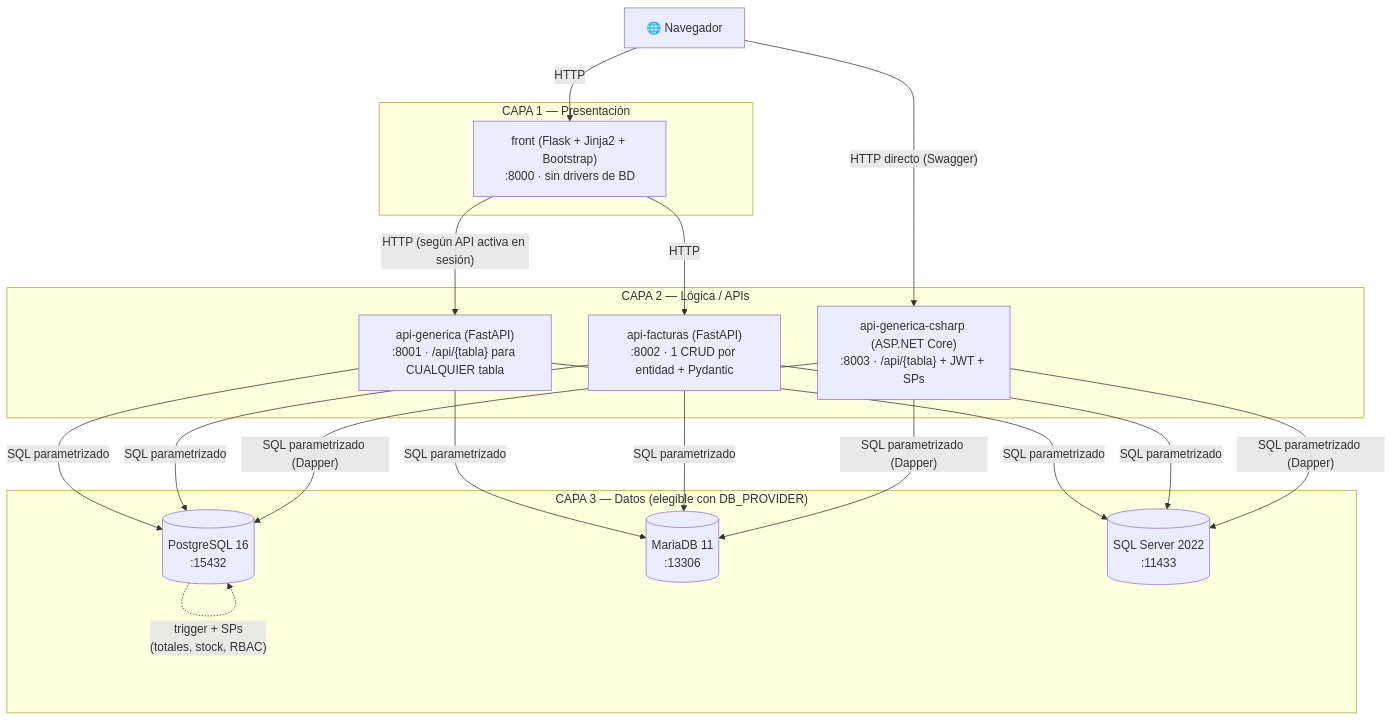
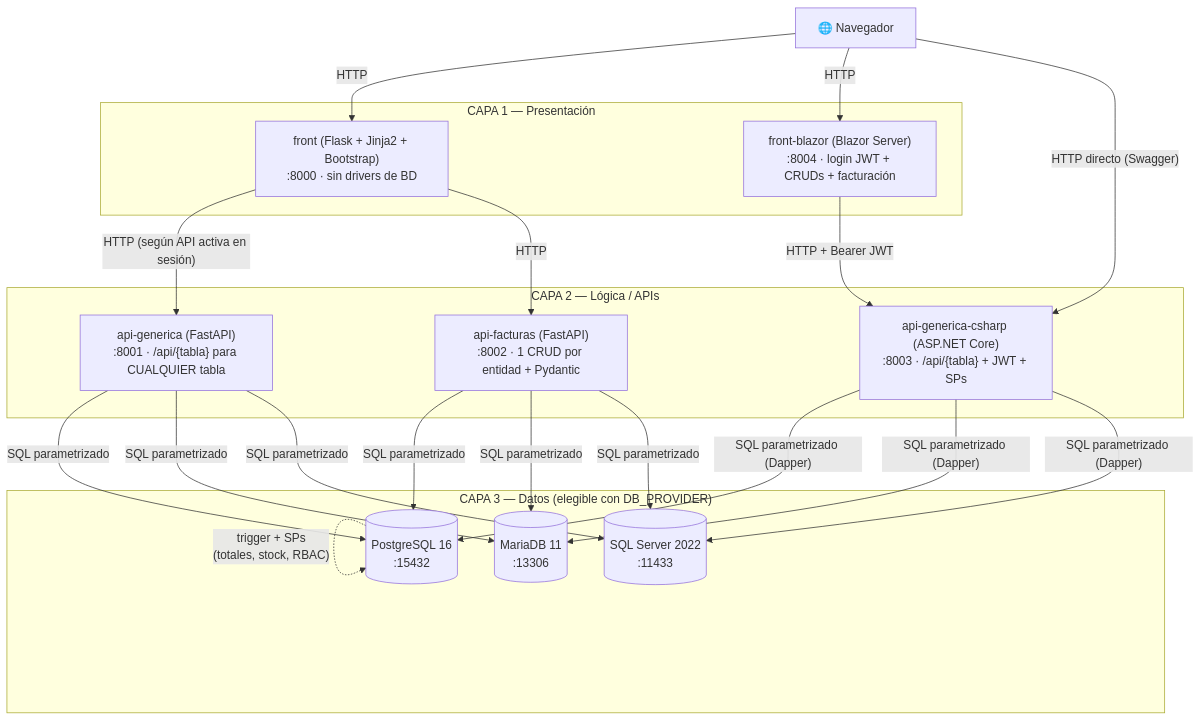
One commit to ccastro2050/proyecto_construccion1 changed the second of 8 diagrams in README.md. Above: the diagram before and after it, drawn with Mermaid. The commit also changed other lines of this file and 105 other files, not shown here.

First line of the commit message:
Front Blazor (Blazor Server / .NET 10) integrado al entorno Docker en el puerto 8004

````diff
--- a/README.md
+++ b/README.md
@@ -162,29 +169,32 @@
 ```mermaid
 flowchart TB
     NAV["🌐 Navegador"]
 
     subgraph CAPA1["CAPA 1 — Presentación"]
         FRONT["front (Flask + Jinja2 + Bootstrap)<br/>:8000 · sin drivers de BD"]
+        FBLZ["front-blazor (Blazor Server)<br/>:8004 · login JWT + CRUDs + facturación"]
     end
 
     subgraph CAPA2["CAPA 2 — Lógica / APIs"]
         AG["api-generica (FastAPI)<br/>:8001 · /api/{tabla} para CUALQUIER tabla"]
         AF["api-facturas (FastAPI)<br/>:8002 · 1 CRUD por entidad + Pydantic"]
         AGC["api-generica-csharp (ASP.NET Core)<br/>:8003 · /api/{tabla} + JWT + SPs"]
     end
 
     subgraph CAPA3["CAPA 3 — Datos (elegible con DB_PROVIDER)"]
         PG[("PostgreSQL 16<br/>:15432")]
         MA[("MariaDB 11<br/>:13306")]
         MS[("SQL Server 2022<br/>:11433")]
     end
 
     NAV -->|HTTP| FRONT
+    NAV -->|HTTP| FBLZ
     NAV -->|"HTTP directo (Swagger)"| AGC
     FRONT -->|"HTTP (según API activa en sesión)"| AG
     FRONT -->|HTTP| AF
+    FBLZ -->|"HTTP + Bearer JWT"| AGC
     AG -->|SQL parametrizado| PG & MA & MS
     AF -->|SQL parametrizado| PG & MA & MS
     AGC -->|"SQL parametrizado (Dapper)"| PG & MA & MS
     PG -.->|"trigger + SPs<br/>(totales, stock, RBAC)"| PG
 ```
````
